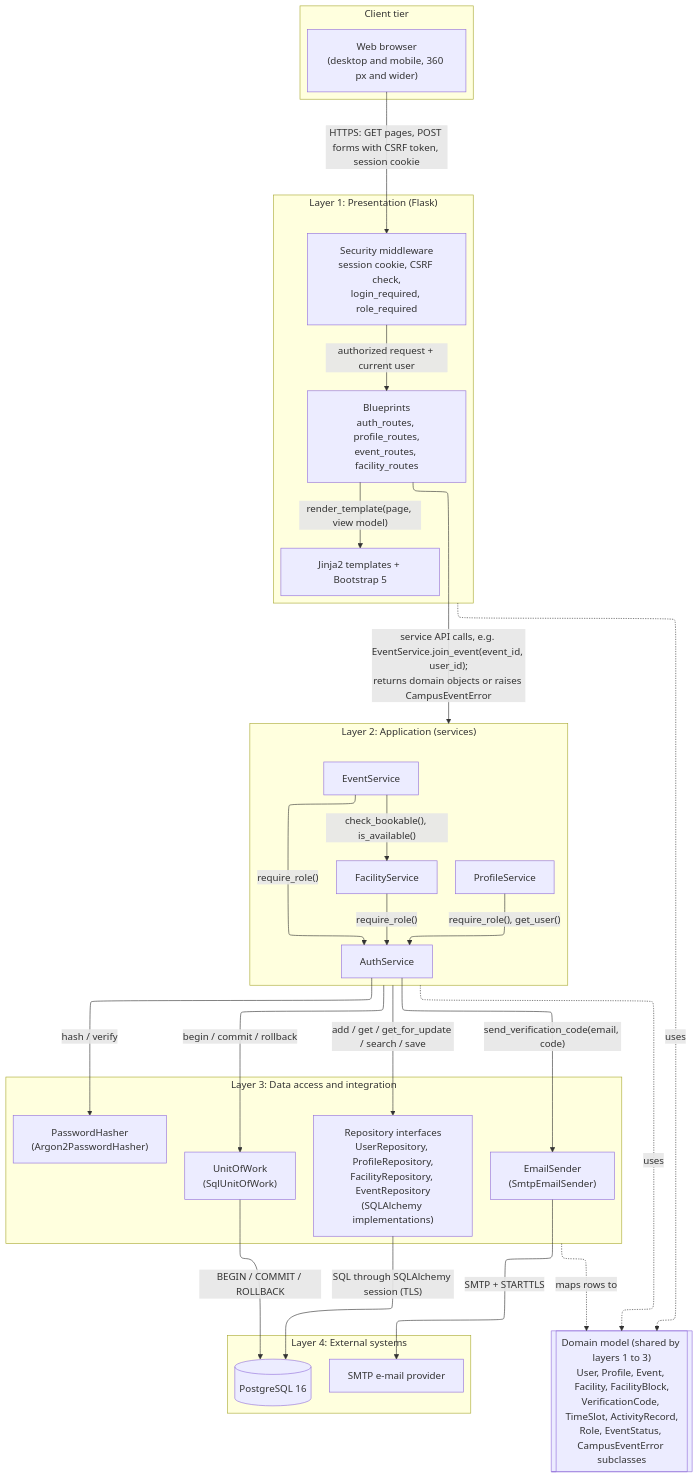
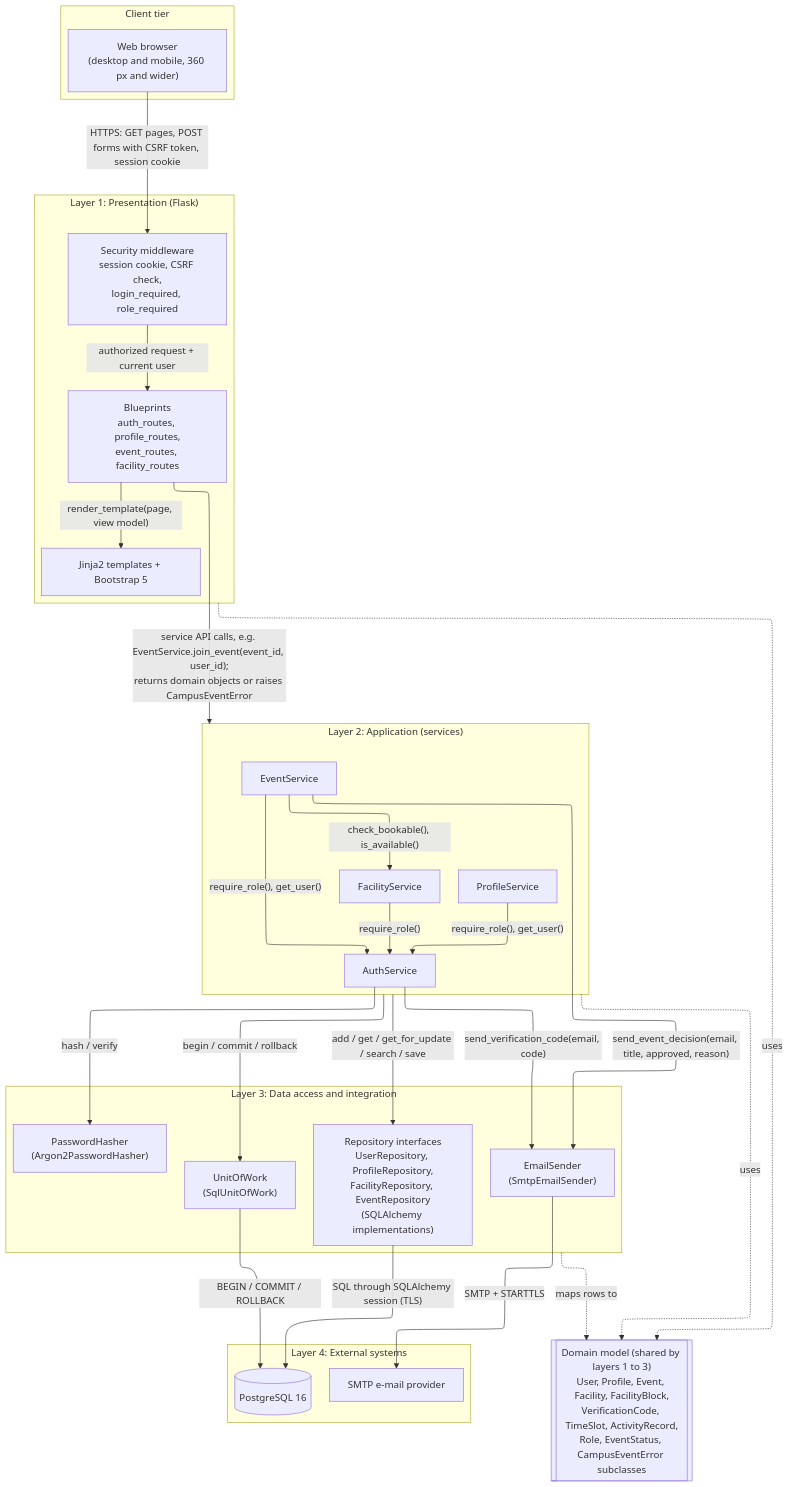
One commit to emir-heval-arda-harun/CMPE-331-project changed the diagram in docs/design/arch/layered_architecture.mmd. Above: the diagram before and after it, drawn with Mermaid. The commit also changed 56 other files, not shown here.

```diff
--- a/docs/design/arch/layered_architecture.mmd
+++ b/docs/design/arch/layered_architecture.mmd
@@ -1,56 +1,57 @@
 ---
 config:
   layout: elk
   elk:
     nodePlacementStrategy: BRANDES_KOEPF
 ---
 flowchart TB
     subgraph CL["Client tier"]
         B["Web browser<br/>(desktop and mobile, 360 px and wider)"]
     end
 
     subgraph PL["Layer 1: Presentation (Flask)"]
         SEC["Security middleware<br/>session cookie, CSRF check,<br/>login_required, role_required"]
         BP["Blueprints<br/>auth_routes, profile_routes,<br/>event_routes, facility_routes"]
         TPL["Jinja2 templates + Bootstrap 5"]
     end
 
     subgraph AL["Layer 2: Application (services)"]
         AS["AuthService"]
         PS["ProfileService"]
         FS["FacilityService"]
         ES["EventService"]
     end
 
     subgraph DL["Layer 3: Data access and integration"]
         REPO["Repository interfaces<br/>UserRepository, ProfileRepository,<br/>FacilityRepository, EventRepository<br/>(SQLAlchemy implementations)"]
         UOW["UnitOfWork<br/>(SqlUnitOfWork)"]
         PH["PasswordHasher<br/>(Argon2PasswordHasher)"]
         MAIL["EmailSender<br/>(SmtpEmailSender)"]
     end
 
     subgraph EXT["Layer 4: External systems"]
         DB[("PostgreSQL 16")]
         SMTP["SMTP e-mail provider"]
     end
 
     DOM[["Domain model (shared by layers 1 to 3)<br/>User, Profile, Event, Facility, FacilityBlock,<br/>VerificationCode, TimeSlot, ActivityRecord,<br/>Role, EventStatus, CampusEventError subclasses"]]
 
     B -- "HTTPS: GET pages, POST forms with CSRF token, session cookie" --> SEC
     SEC -- "authorized request + current user" --> BP
     BP -- "render_template(page, view model)" --> TPL
     BP -- "service API calls, e.g. EventService.join_event(event_id, user_id);<br/>returns domain objects or raises CampusEventError" --> AL
     PS -- "require_role(), get_user()" --> AS
     FS -- "require_role()" --> AS
-    ES -- "require_role()" --> AS
+    ES -- "require_role(), get_user()" --> AS
     ES -- "check_bookable(), is_available()" --> FS
     AL -- "add / get / get_for_update / search / save" --> REPO
     AL -- "begin / commit / rollback" --> UOW
     AS -- "hash / verify" --> PH
     AS -- "send_verification_code(email, code)" --> MAIL
+    ES -- "send_event_decision(email, title, approved, reason)" --> MAIL
     REPO -- "SQL through SQLAlchemy session (TLS)" --> DB
     UOW -- "BEGIN / COMMIT / ROLLBACK" --> DB
     MAIL -- "SMTP + STARTTLS" --> SMTP
     PL -. "uses" .-> DOM
     AL -. "uses" .-> DOM
     DL -. "maps rows to" .-> DOM
```
